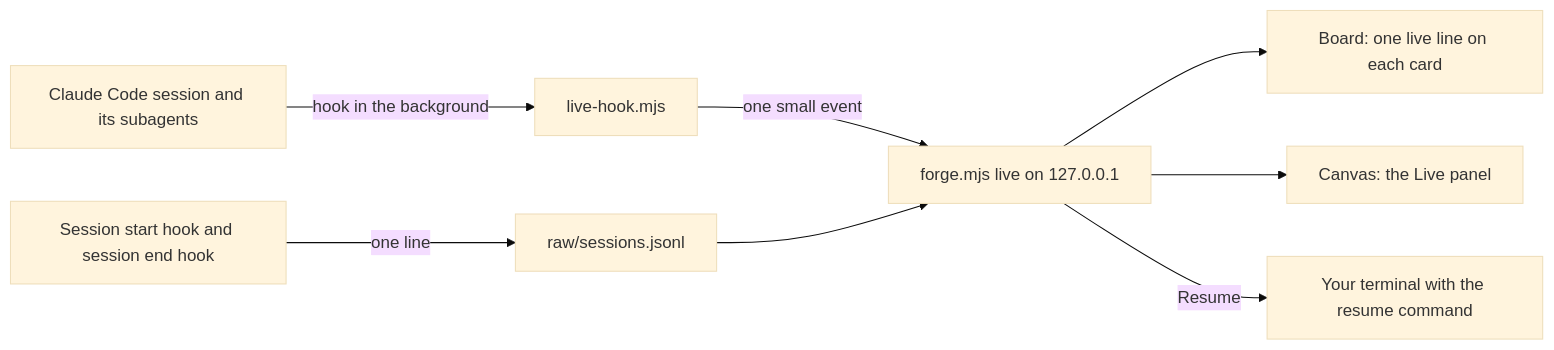
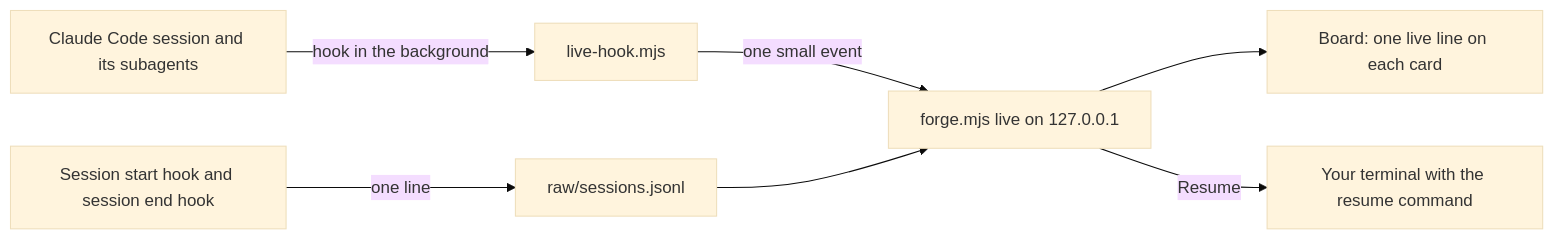
One commit to alexradunet/forge-engineering changed the third of 3 diagrams in README.md. Above: the diagram before and after it, drawn with Mermaid (base theme). The commit also changed other lines of this file and 62 other files, not shown here.

````diff
--- a/README.md
+++ b/README.md
@@ -428,10 +387,9 @@
 ```mermaid
 flowchart LR
   S[Claude Code session and its subagents] -->|hook in the background| R[live-hook.mjs]
   R -->|one small event| L[forge.mjs live on 127.0.0.1]
   L --> B[Board: one live line on each card]
-  L --> C[Canvas: the Live panel]
   H[Session start hook and session end hook] -->|one line| F[raw/sessions.jsonl]
   F --> L
   L -->|Resume| T[Your terminal with the resume command]
 ```
````
